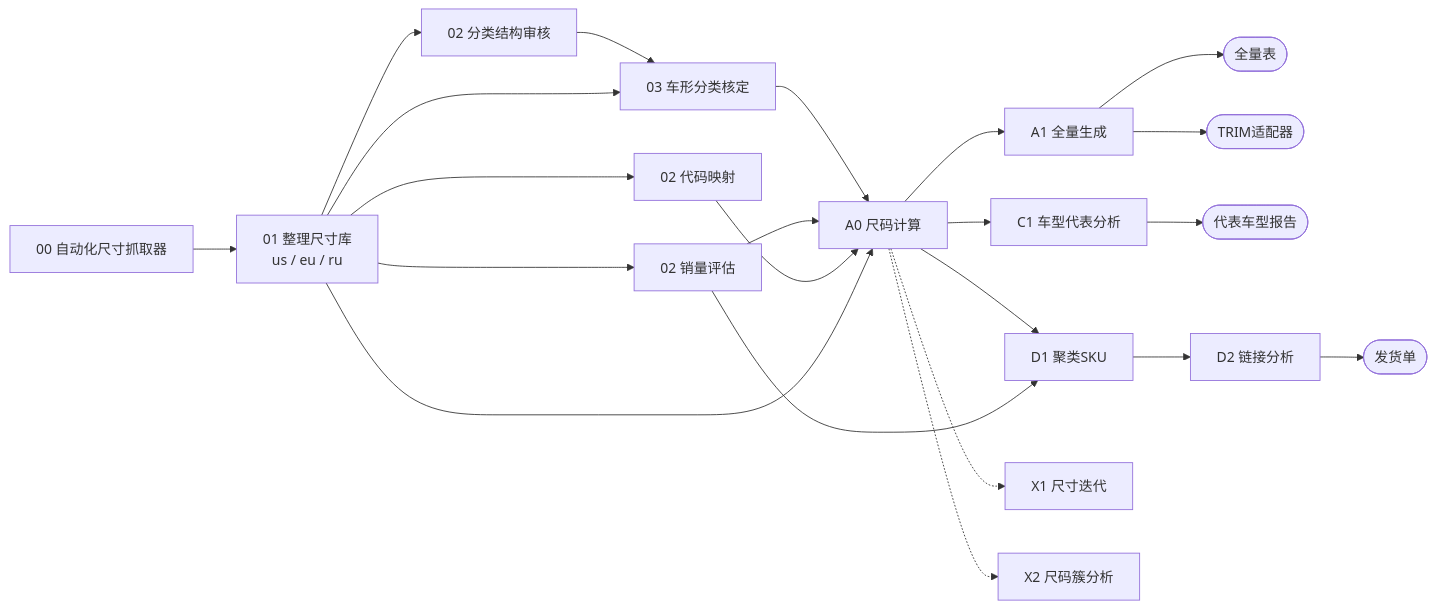
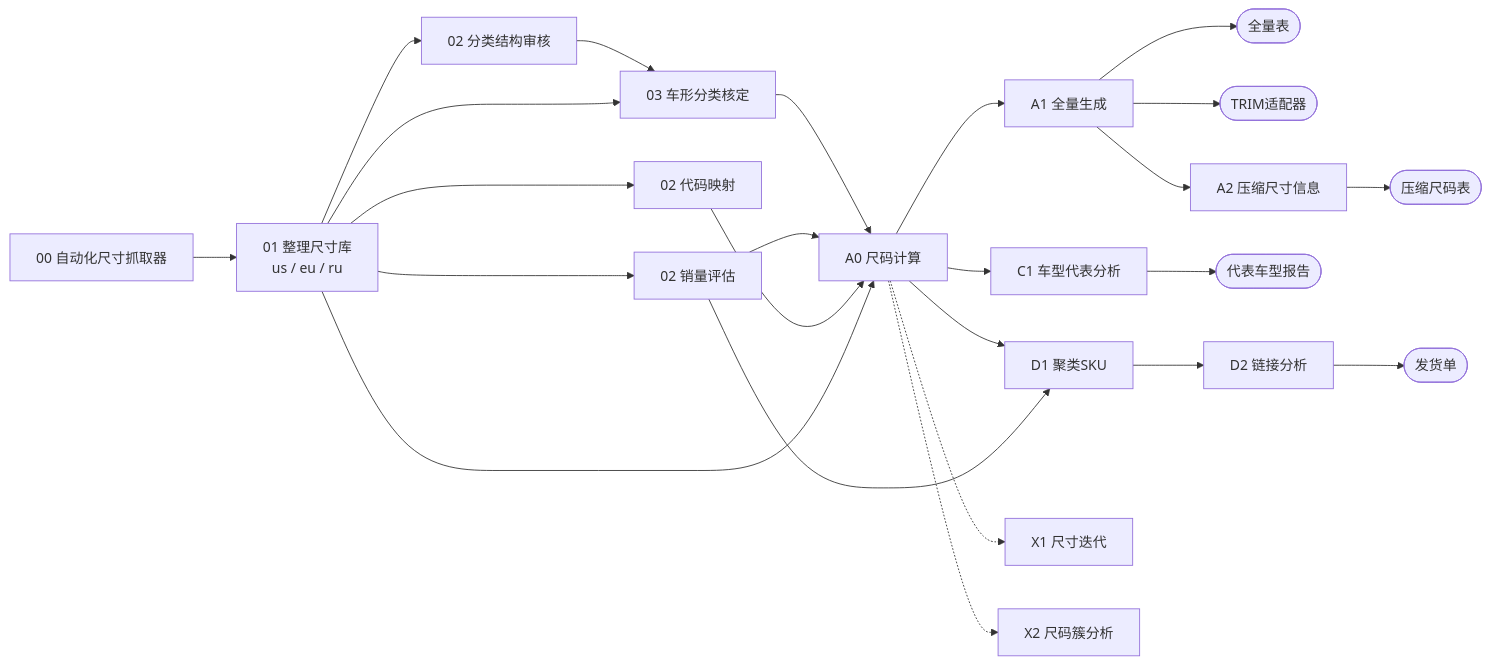
Before and after one commit to licwan62/all_cars_data: the diagram in README.md, drawn with Mermaid. The commit also changed other lines of this file and 65 other files, not shown here.

````diff
--- a/README.md
+++ b/README.md
@@ -17,20 +17,21 @@
 ```mermaid
 flowchart LR
   n00["00 自动化尺寸抓取器"] --> n01["01 整理尺寸库<br/>us / eu / ru"]
   n01 --> n02a["02 分类结构审核"]
   n01 --> n02b["02 销量评估"]
   n01 --> n02c["02 代码映射"]
   n02a --> n03["03 车形分类核定"]
   n01 --> n03
   n03 --> A0["A0 尺码计算"]
   n02b --> A0
   n02c --> A0
   n01 --> A0
   A0 --> A1["A1 全量生成"] --> fa(["全量表"])
   A1 --> fb(["TRIM适配器"])
+  A1 --> A2["A2 压缩尺寸信息"] --> fz(["压缩尺码表"])
   A0 --> C1["C1 车型代表分析"] --> fc(["代表车型报告"])
   A0 --> D1["D1 聚类SKU"] --> D2["D2 链接分析"] --> fd(["发货单"])
   n02b --> D1
   A0 -.-> X1["X1 尺寸迭代"]
   A0 -.-> X2["X2 尺码簇分析"]
 ```
````
